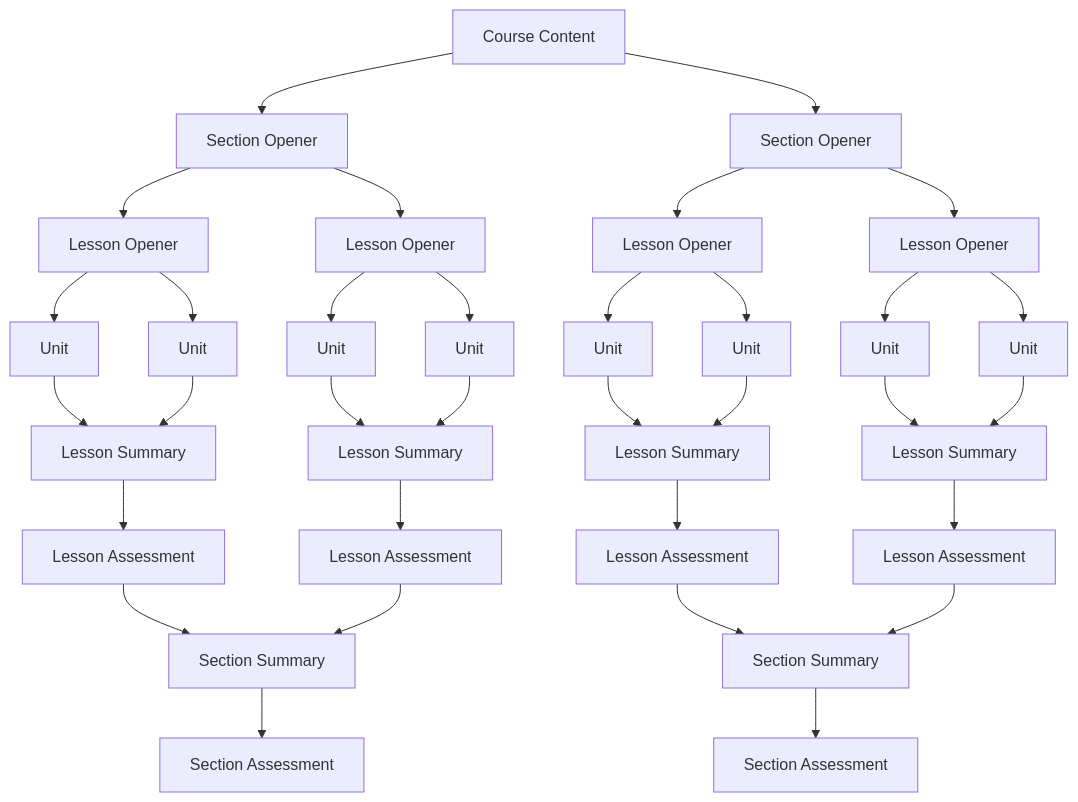
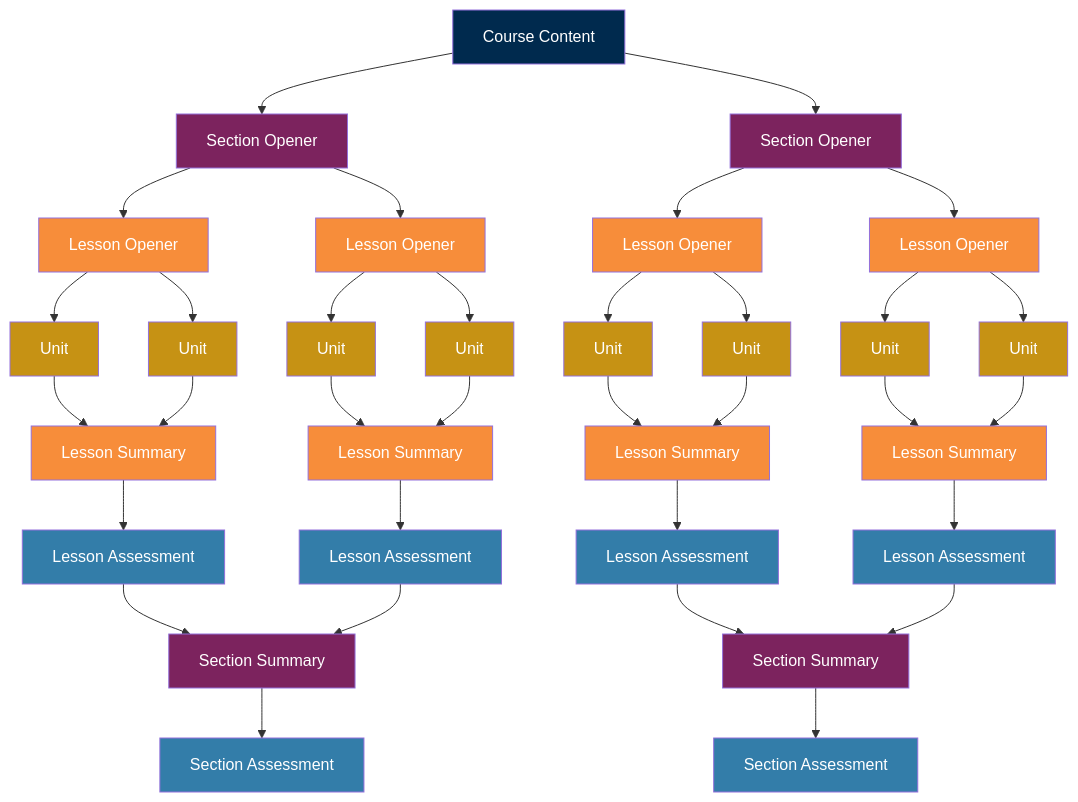
The diagram in README.md (Standards-and-Practices/Structured-Rapid-Development), drawn with Mermaid before and after one commit.

Commit message:
Add colors to scheme.

````diff
--- a/README.md
+++ b/README.md
@@ -82,75 +82,75 @@
 ```mermaid 
 graph TD
 CC[Course Content]:::CC
 SO01[Section Opener]:::SO
 LO01[Lesson Opener]:::LO
 LO02[Lesson Opener]:::LO
 U01[Unit]:::U
 U02[Unit]:::U
 U03[Unit]:::U
 U04[Unit]:::U
 LS01[Lesson Summary]:::LS
 LS02[Lesson Summary]:::LS
 LA01[Lesson Assessment]:::LA
 LA02[Lesson Assessment]:::LA
 SS01[Section Summary]:::SS
 SA01[Section Assessment]:::SA
 CC --> SO01
 SO01 --> LO01
 SO01 --> LO02
 LO01 --> U01
 LO01 --> U02
 LO02 --> U03
 LO02 --> U04
 U01 --> LS01
 U02 --> LS01
 U03 --> LS02
 U04 --> LS02
 LS01 --> LA01
 LS02 --> LA02
 LA01 --> SS01
 LA02 --> SS01
 SS01 --> SA01
 
 
 SO02[Section Opener]:::SO
 LO03[Lesson Opener]:::LO
 LO04[Lesson Opener]:::LO
 U05[Unit]:::U
 U06[Unit]:::U
 U07[Unit]:::U
 U08[Unit]:::U
 LS03[Lesson Summary]:::LS
 LS04[Lesson Summary]:::LS
 LA03[Lesson Assessment]:::LA
 LA04[Lesson Assessment]:::LA
 SS02[Section Summary]:::SS
 SA02[Section Assessment]:::SA
 CC --> SO02
 SO02 --> LO03
 SO02 --> LO04
 LO03 --> U05
 LO03 --> U06
 LO04 --> U07
 LO04 --> U08
 U05 --> LS03
 U06 --> LS03
 U07 --> LS04
 U08 --> LS04
 LS03 --> LA03
 LS04 --> LA04
 LA03 --> SS02
 LA04 --> SS02
 SS02 --> SA02
 
-classDef CC fill:#002A4E color:#ffffff;
-classDef SO fill:#7C235E color:#ffffff;
-classDef LO fill:#F78D3A color:#ffffff;
-classDef U fill:#C69214 color:#ffffff;
-classDef LS fill:#F78D3A color:#ffffff;
-classDef LA fill:#337DA9 color:#ffffff;
-classDef SS fill:#7C235E color:#ffffff;
-classDef SA fill:#337DA9 color:#ffffff;
+classDef CC fill:#002A4E,color:#ffffff;
+classDef SO fill:#7C235E,color:#ffffff;
+classDef LO fill:#F78D3A,color:#ffffff;
+classDef U fill:#C69214,color:#ffffff;
+classDef LS fill:#F78D3A,color:#ffffff;
+classDef LA fill:#337DA9,color:#ffffff;
+classDef SS fill:#7C235E,color:#ffffff;
+classDef SA fill:#337DA9,color:#ffffff;
 
 
 ```
````
